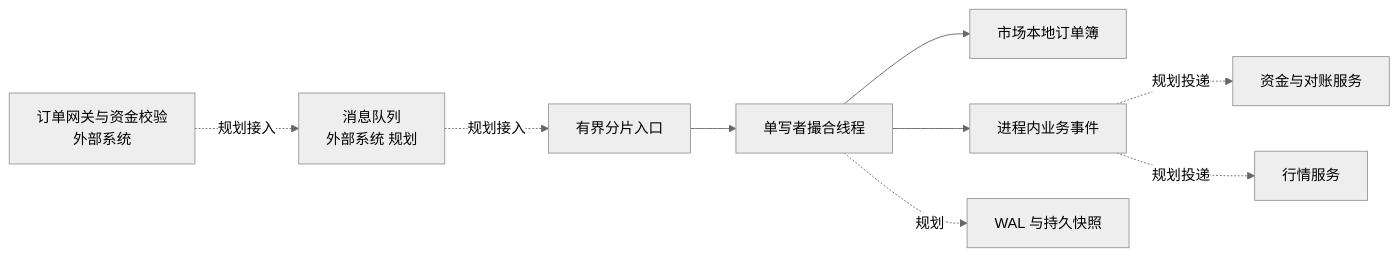
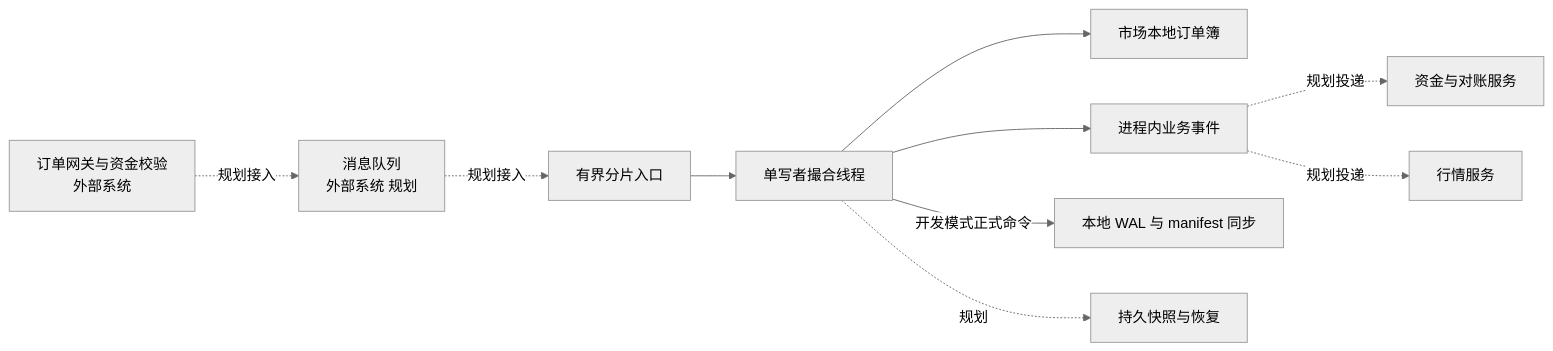
Before and after one commit to YANSHAO0032/tide-matching-engine: the diagram in README.md, drawn with Mermaid (neutral theme). The commit also changed other lines of this file and 29 other files, not shown here.

````diff
--- a/README.md
+++ b/README.md
@@ -26,11 +26,12 @@
 ```mermaid
 flowchart LR
     G[订单网关与资金校验<br/>外部系统] -. 规划接入 .-> Q[消息队列<br/>外部系统 规划]
     Q -. 规划接入 .-> R[有界分片入口]
     R --> S[单写者撮合线程]
     S --> B[市场本地订单簿]
     S --> E[进程内业务事件]
-    S -. 规划 .-> W[WAL 与持久快照]
+    S -->|开发模式正式命令| W[本地 WAL 与 manifest 同步]
+    S -. 规划 .-> P[持久快照与恢复]
     E -. 规划投递 .-> F[资金与对账服务]
     E -. 规划投递 .-> M[行情服务]
 ```
````
